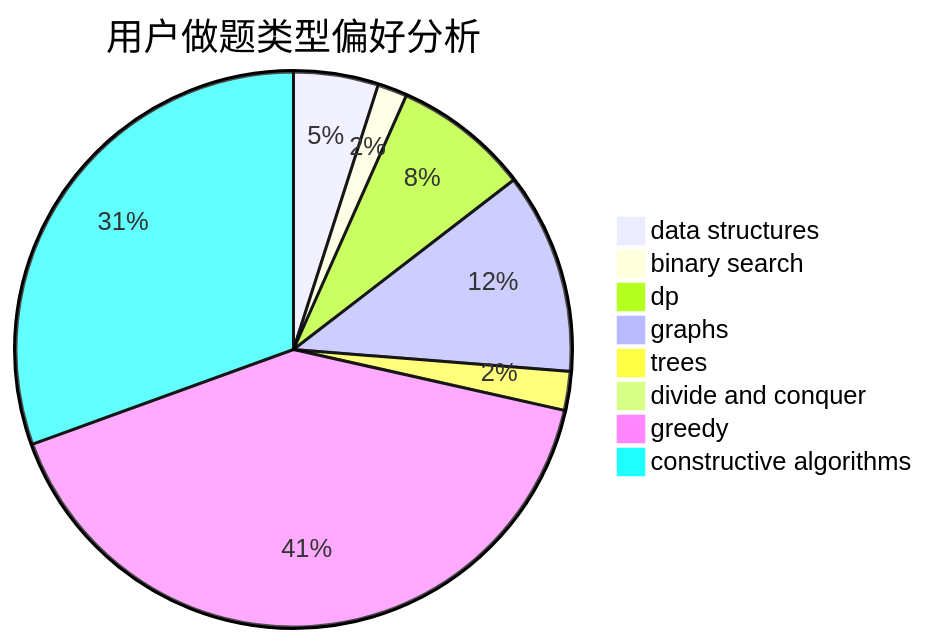
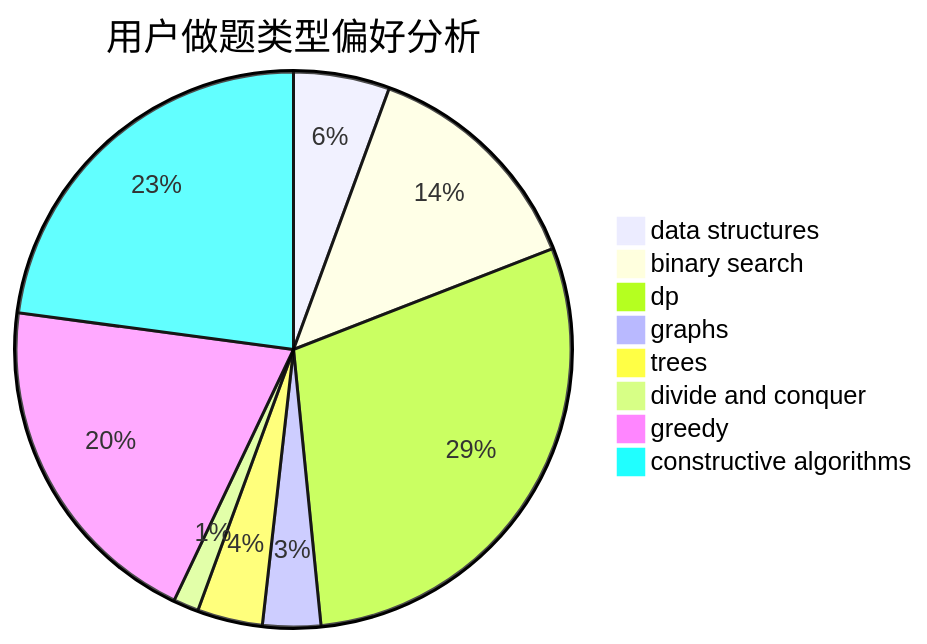
One commit to sherpahu/cfrs.github.io changed the second of 3 diagrams in docs/user/u1642.md. Above: the diagram before and after it, drawn with Mermaid. The commit also changed other lines of this file and 2770 other files, not shown here.

````diff
--- a/docs/user/u1642.md
+++ b/docs/user/u1642.md
@@ -23,11 +23,11 @@
 ```mermaid
 pie title 用户做题类型偏好分析
-    "data structures" :  83
-    "binary search" :  29
-    "dp" :  133
-    "graphs" :  197
-    "trees" :  38
-    "divide and conquer" :  0
-    "greedy" :  689
-    "constructive algorithms" :  514
+    "data structures" :  53
+    "binary search" :  128
+    "dp" :  278
+    "graphs" :  32
+    "trees" :  36
+    "divide and conquer" :  14
+    "greedy" :  190
+    "constructive algorithms" :  217
 ```
````
